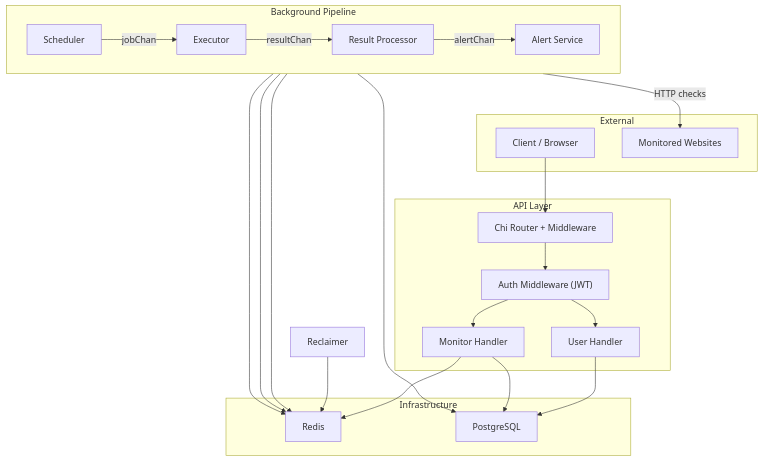
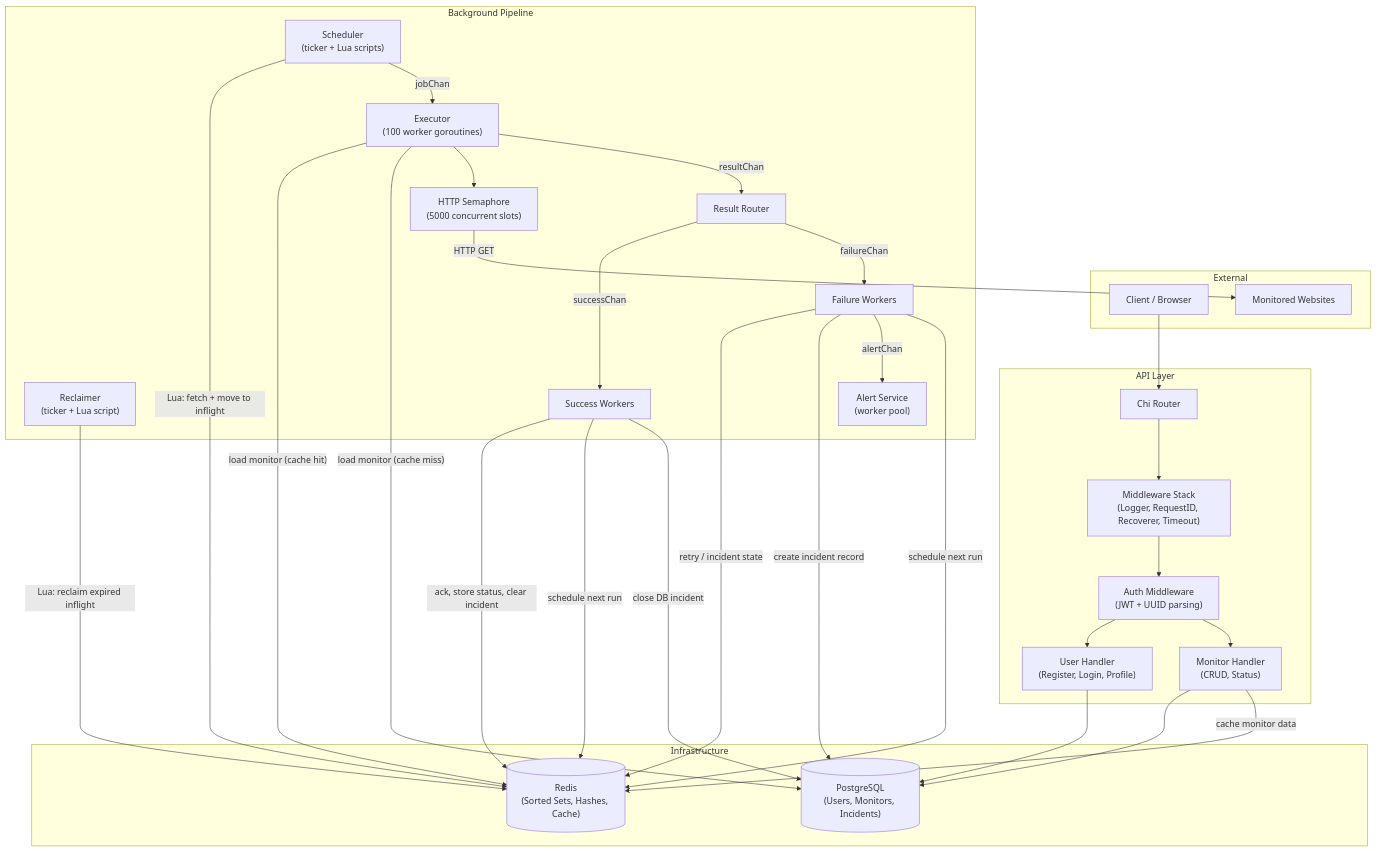
One commit to ashishDevv/monit changed the first of 5 diagrams in README.md. Above: the diagram before and after it, drawn with Mermaid. The commit also changed other lines of this file, not shown here.

````diff
--- a/README.md
+++ b/README.md
@@ -55,47 +82,61 @@
 ```mermaid
 graph TB
     subgraph "External"
-        USER["Client / Browser"]
-        TARGET["Monitored Websites"]
+        CLIENT["Client / Browser"]
+        TARGETS["Monitored Websites"]
     end
 
     subgraph "API Layer"
-        ROUTER["Chi Router + Middleware"]
-        AUTH["Auth Middleware (JWT)"]
-        UH["User Handler"]
-        MH["Monitor Handler"]
+        ROUTER["Chi Router"]
+        MW["Middleware Stack<br/>(Logger, RequestID, Recoverer, Timeout)"]
+        AUTH["Auth Middleware<br/>(JWT + UUID parsing)"]
+        UH["User Handler<br/>(Register, Login, Profile)"]
+        MH["Monitor Handler<br/>(CRUD, Status)"]
     end
 
     subgraph "Background Pipeline"
-        direction LR
-        SCH["Scheduler"]
-        EXEC["Executor"]
-        RP["Result Processor"]
-        ALERT["Alert Service"]
+        SCH["Scheduler<br/>(ticker + Lua scripts)"]
+        REC["Reclaimer<br/>(ticker + Lua script)"]
+        EXEC["Executor<br/>(100 worker goroutines)"]
+        SEM["HTTP Semaphore<br/>(5000 concurrent slots)"]
+        ROUTER_RP["Result Router"]
+        SW["Success Workers"]
+        FW["Failure Workers"]
+        ALERT["Alert Service<br/>(worker pool)"]
     end
 
     subgraph "Infrastructure"
-        REDIS["Redis"]
-        PG["PostgreSQL"]
+        REDIS[("Redis<br/>(Sorted Sets, Hashes, Cache)")]
+        PG[("PostgreSQL<br/>(Users, Monitors, Incidents)")]
     end
 
-    REC["Reclaimer"]
-
-    USER --> ROUTER --> AUTH
+    CLIENT --> ROUTER
+    ROUTER --> MW --> AUTH
     AUTH --> UH
     AUTH --> MH
     UH --> PG
     MH --> PG
-    MH --> REDIS
+    MH -->|"cache monitor data"| REDIS
 
-    SCH -->|jobChan| EXEC
-    EXEC -->|HTTP checks| TARGET
-    EXEC -->|resultChan| RP
-    RP -->|alertChan| ALERT
+    SCH -->|"Lua: fetch + move to inflight"| REDIS
+    SCH -->|"jobChan"| EXEC
+    REC -->|"Lua: reclaim expired inflight"| REDIS
 
-    SCH --> REDIS
-    EXEC --> REDIS
-    RP --> REDIS
-    RP --> PG
-    REC --> REDIS
+    EXEC -->|"load monitor (cache hit)"| REDIS
+    EXEC -->|"load monitor (cache miss)"| PG
+    EXEC --> SEM
+    SEM -->|"HTTP GET"| TARGETS
+    EXEC -->|"resultChan"| ROUTER_RP
+
+    ROUTER_RP -->|"successChan"| SW
+    ROUTER_RP -->|"failureChan"| FW
+
+    SW -->|"ack, store status, clear incident"| REDIS
+    SW -->|"schedule next run"| REDIS
+    SW -->|"close DB incident"| PG
+
+    FW -->|"retry / incident state"| REDIS
+    FW -->|"create incident record"| PG
+    FW -->|"alertChan"| ALERT
+    FW -->|"schedule next run"| REDIS
 ```
````
